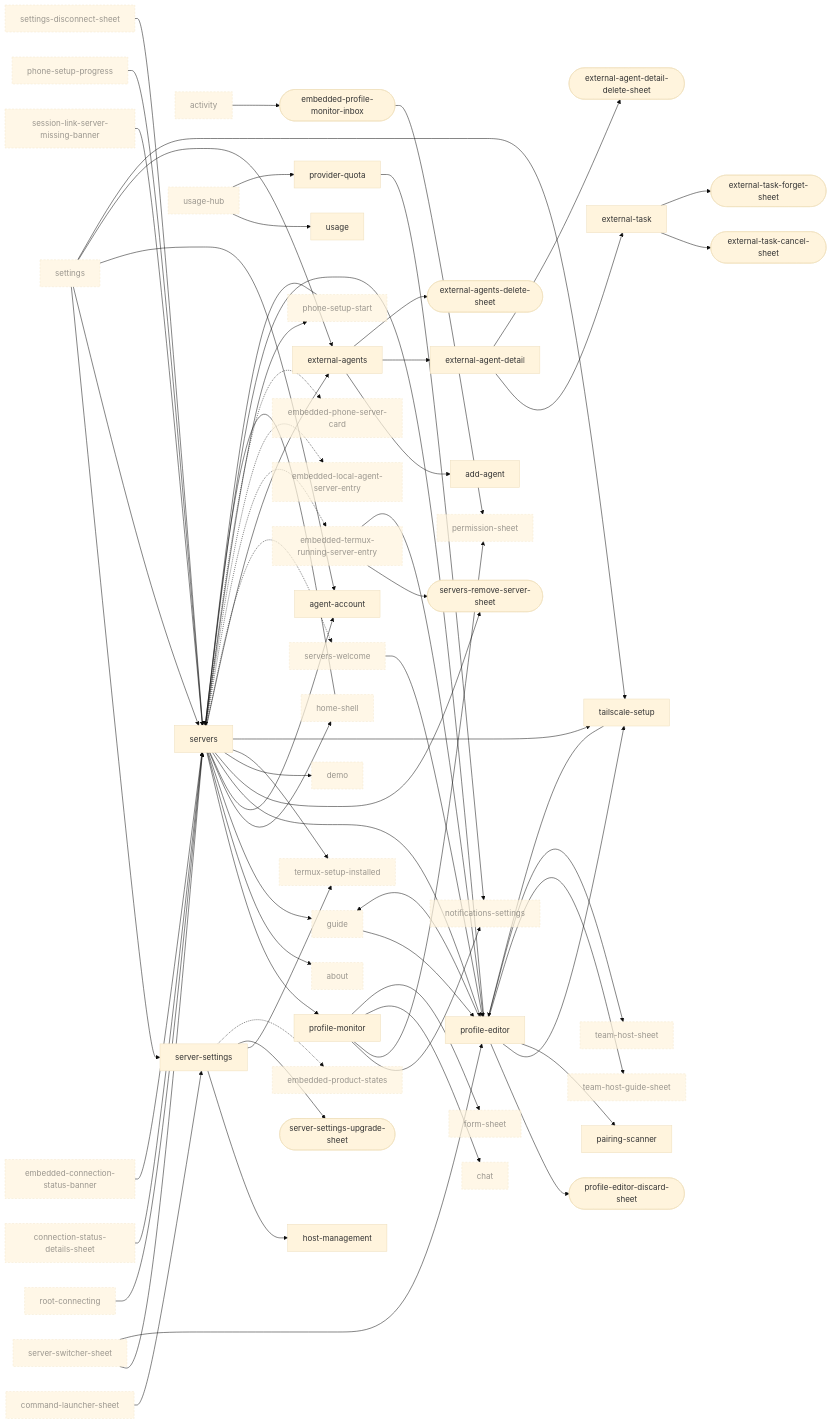
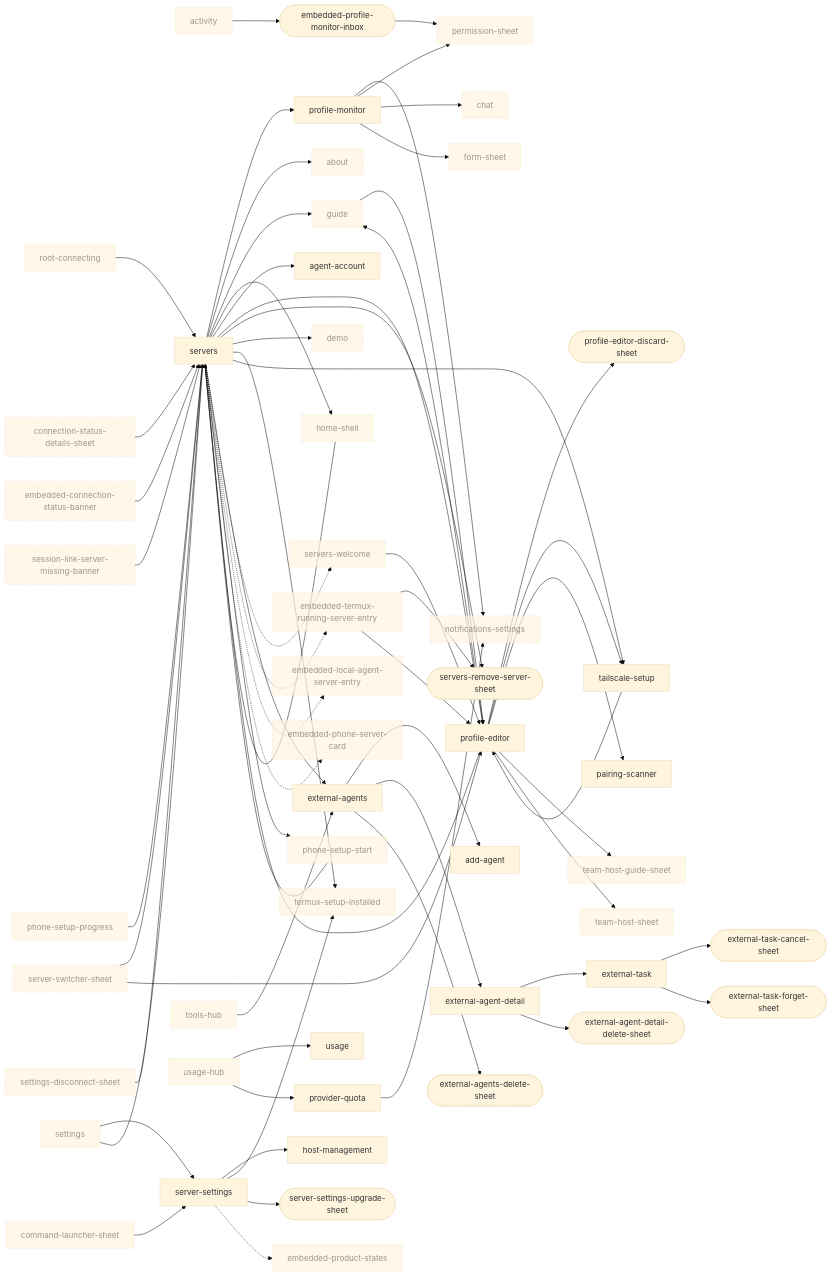
The fifth of 10 diagrams in docs/design/ui-ledger/navigation.md (Breskott/opencode-mobile-next), drawn with Mermaid (base theme) before and after one commit. The commit also changed other lines of this file and 91 other files, not shown here.

```diff
--- a/docs/design/ui-ledger/navigation.md
+++ b/docs/design/ui-ledger/navigation.md
@@ -729,6 +725,7 @@
   team_host_guide_sheet["team-host-guide-sheet"]:::ext
   team_host_sheet["team-host-sheet"]:::ext
   termux_setup_installed["termux-setup-installed"]:::ext
+  tools_hub["tools-hub"]:::ext
   usage["usage"]
   usage_hub["usage-hub"]:::ext
   root_connecting --> servers
@@ -778,9 +775,7 @@
   phone_setup_progress --> servers
   settings --> server_settings
   settings --> servers
-  settings --> agent_account
-  settings --> external_agents
-  settings --> tailscale_setup
+  tools_hub --> external_agents
   settings_disconnect_sheet --> servers
   usage_hub --> usage
   usage_hub --> provider_quota
```
